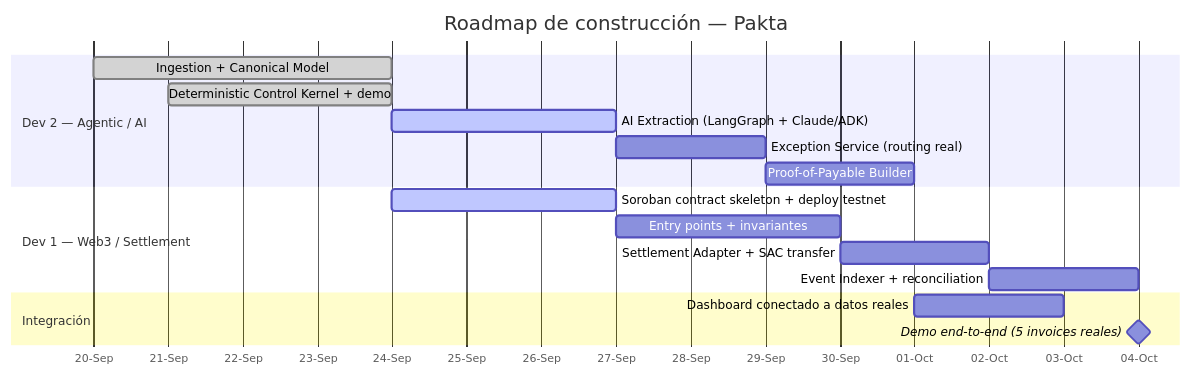
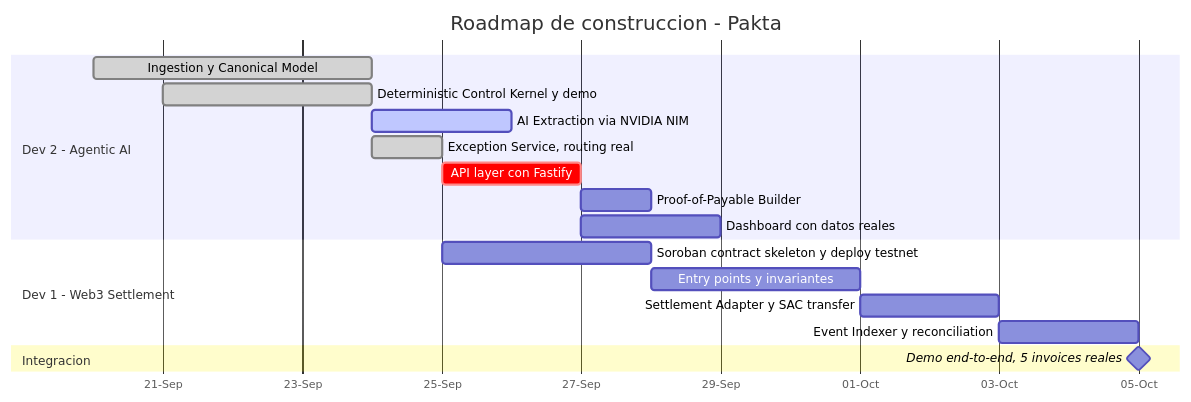
The fifth of 8 diagrams in docs/implementation/Pakta_Arquitectura_Flujo.md (devmondoss/pakta), drawn with Mermaid before and after one commit. The commit also changed other lines of this file and 98 other files, not shown here.

````diff
--- a/docs/implementation/Pakta_Arquitectura_Flujo.md
+++ b/docs/implementation/Pakta_Arquitectura_Flujo.md
@@ -259,23 +319,24 @@
 ```mermaid
 gantt
-    title Roadmap de construcción — Pakta
+    title Roadmap de construccion - Pakta
     dateFormat YYYY-MM-DD
     axisFormat %d-%b
 
-    section Dev 2 — Agentic / AI
-    Ingestion + Canonical Model            :done, d2s1, 2026-09-20, 4d
-    Deterministic Control Kernel + demo    :done, d2s2, 2026-09-21, 3d
-    AI Extraction (LangGraph + Claude/ADK) :active, d2s3, 2026-09-24, 3d
-    Exception Service (routing real)       :d2s4, after d2s3, 2d
-    Proof-of-Payable Builder               :d2s5, after d2s4, 2d
+    section Dev 2 - Agentic AI
+    Ingestion y Canonical Model         :done, d2s1, 2026-09-20, 4d
+    Deterministic Control Kernel y demo :done, d2s2, 2026-09-21, 3d
+    AI Extraction via NVIDIA NIM        :active, d2s3, 2026-09-24, 2d
+    Exception Service, routing real     :done, d2s4, 2026-09-24, 1d
+    API layer con Fastify               :crit, d2s5, after d2s4, 2d
+    Proof-of-Payable Builder            :d2s6, after d2s5, 1d
+    Dashboard con datos reales          :d2s7, after d2s5, 2d
 
-    section Dev 1 — Web3 / Settlement
-    Soroban contract skeleton + deploy testnet :active, d1s1, 2026-09-24, 3d
-    Entry points + invariantes                  :d1s2, after d1s1, 3d
-    Settlement Adapter + SAC transfer            :d1s3, after d1s2, 2d
-    Event Indexer + reconciliation                :d1s4, after d1s3, 2d
+    section Dev 1 - Web3 Settlement
+    Soroban contract skeleton y deploy testnet :d1s1, 2026-09-25, 3d
+    Entry points y invariantes                 :d1s2, after d1s1, 3d
+    Settlement Adapter y SAC transfer          :d1s3, after d1s2, 2d
+    Event Indexer y reconciliation             :d1s4, after d1s3, 2d
 
-    section Integración
-    Dashboard conectado a datos reales   :d3s1, after d2s5, 2d
-    Demo end-to-end (5 invoices reales)  :milestone, demo, after d1s4, 0d
+    section Integracion
+    Demo end-to-end, 5 invoices reales :milestone, demo, after d1s4, 0d
 ```
````
